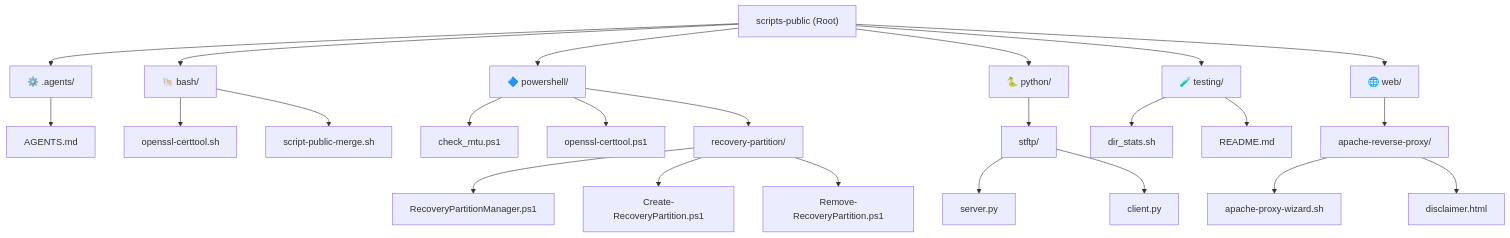
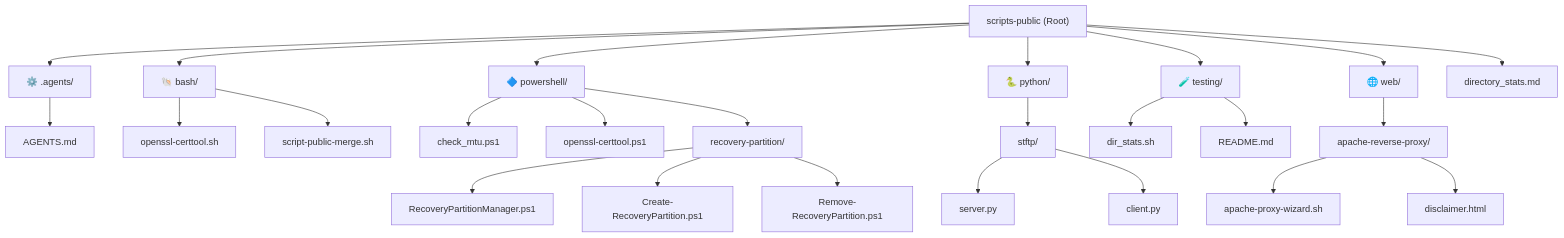
One commit to Richie086/scripts-public changed the diagram in scripts_catalog.md. Above: the diagram before and after it, drawn with Mermaid. The commit also changed other lines of this file and 2 other files, not shown here.

Commit message:
Add generated bash directory statistics report and update docs

````diff
--- a/scripts_catalog.md
+++ b/scripts_catalog.md
@@ -9,32 +9,33 @@
 ```mermaid
 graph TD
     root["scripts-public (Root)"] --> agents["⚙️ .agents/"]
     root --> bash["🐚 bash/"]
     root --> powershell["🔷 powershell/"]
     root --> python["🐍 python/"]
     root --> testing["🧪 testing/"]
     root --> web["🌐 web/"]
+    root --> dir_stats_report["directory_stats.md"]
 
     agents --> agents_md["AGENTS.md"]
     bash --> cert_sh["openssl-certtool.sh"]
     bash --> merge_sh["script-public-merge.sh"]
 
     powershell --> check_mtu["check_mtu.ps1"]
     powershell --> cert_ps1["openssl-certtool.ps1"]
     powershell --> rec_part["recovery-partition/"]
 
     rec_part --> rp_mgr["RecoveryPartitionManager.ps1"]
     rec_part --> rp_c1["Create-RecoveryPartition.ps1"]
     rec_part --> rp_rem["Remove-RecoveryPartition.ps1"]
 
     python --> stftp["stftp/"]
     stftp --> stftp_srv["server.py"]
     stftp --> stftp_cli["client.py"]
 
     testing --> dir_stats_sh["dir_stats.sh"]
     testing --> test_readme["README.md"]
 
     web --> proxy["apache-reverse-proxy/"]
     proxy --> proxy_sh["apache-proxy-wizard.sh"]
     proxy --> proxy_htm["disclaimer.html"]
 ```
````
